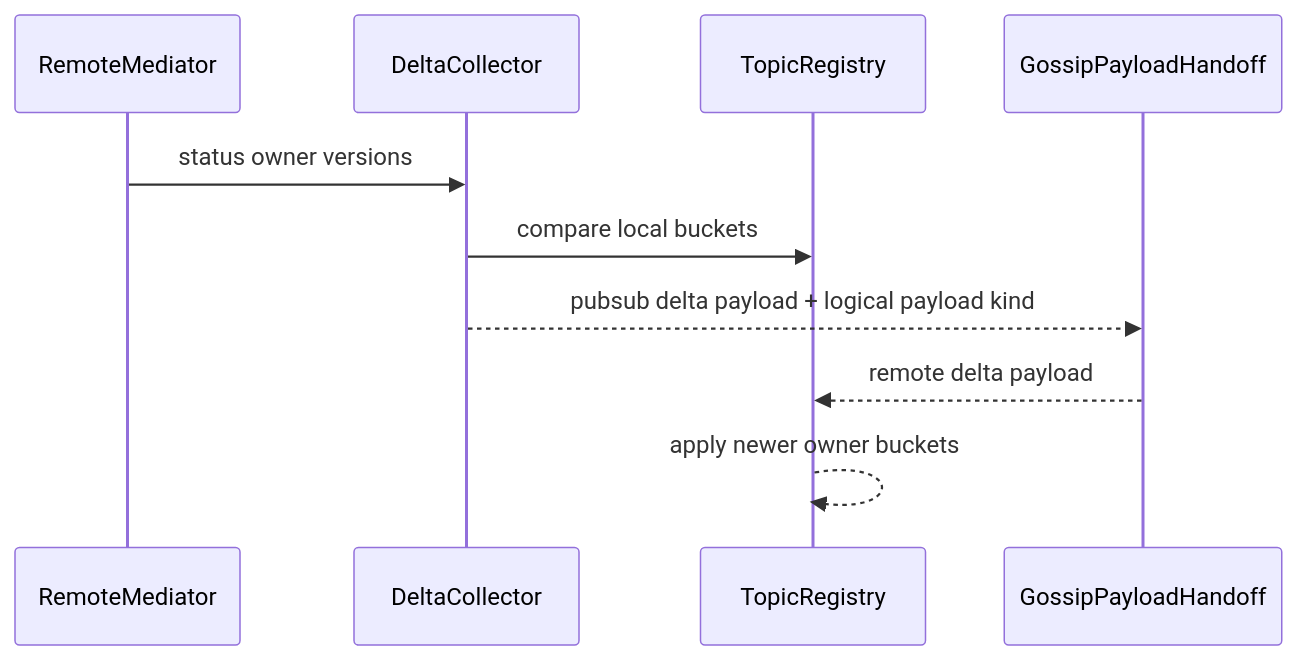
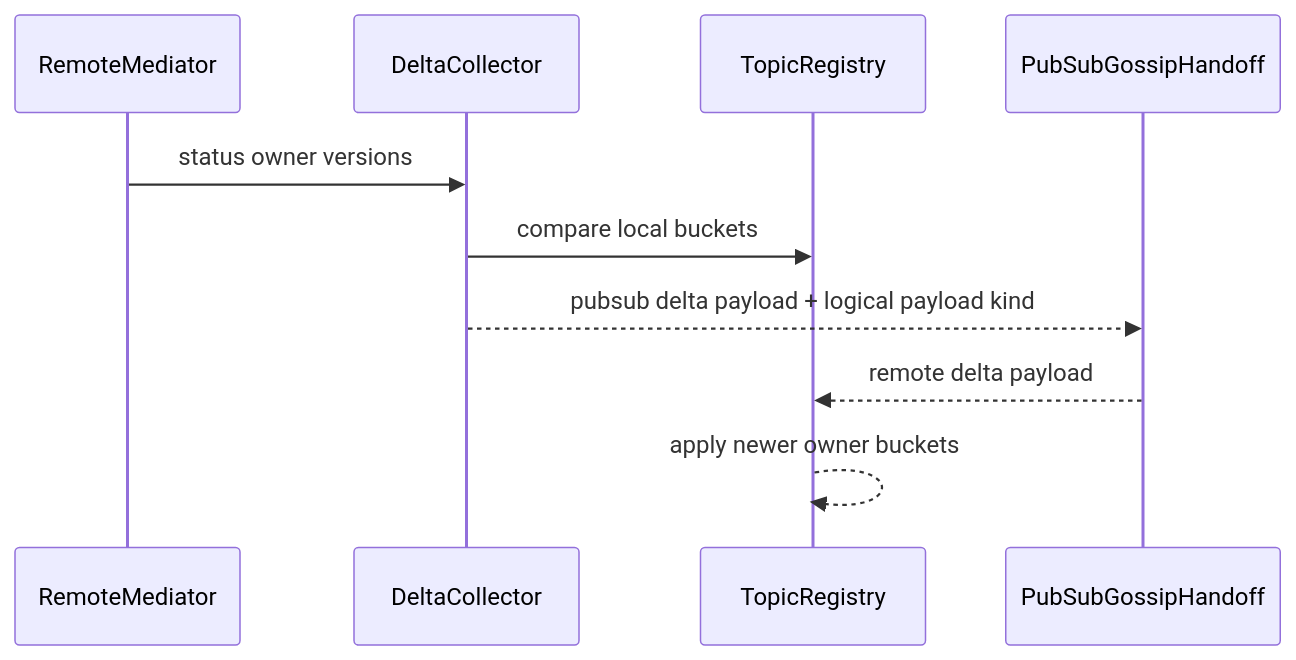
Before and after one commit to j5ik2o/fraktor-rs: the third of 4 diagrams in .kiro/specs/cluster-pubsub-mediator-protocol/design.md, drawn with Mermaid. The commit also changed other lines of this file and 5 other files, not shown here.

````diff
--- a/.kiro/specs/cluster-pubsub-mediator-protocol/design.md
+++ b/.kiro/specs/cluster-pubsub-mediator-protocol/design.md
@@ -161,12 +161,12 @@
 ```mermaid
 sequenceDiagram
     participant Peer as RemoteMediator
     participant Collector as DeltaCollector
     participant Registry as TopicRegistry
-    participant Gossip as GossipPayloadHandoff
+    participant Gossip as PubSubGossipHandoff
     Peer->>Collector: status owner versions
     Collector->>Registry: compare local buckets
     Collector-->>Gossip: pubsub delta payload + logical payload kind
     Gossip-->>Registry: remote delta payload
     Registry-->>Registry: apply newer owner buckets
 ```
````
